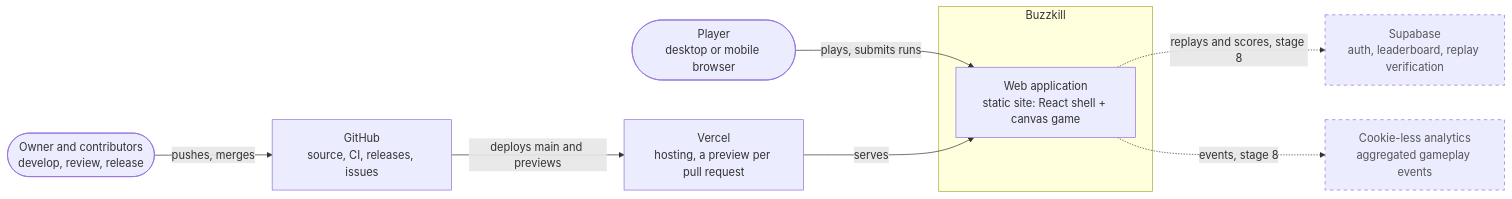
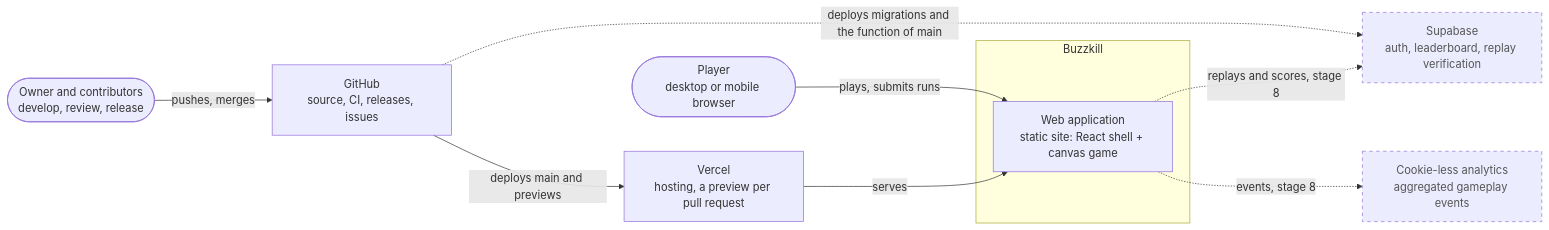
Before and after one commit to nazimajumaniyazova/buzzkill: the first of 6 diagrams in docs/architecture.md, drawn with Mermaid. The commit also changed 3 other files, not shown here.

First line of the commit message:
ci(backend): deploy the migrations and submit-run once CI passes on main

````diff
--- a/docs/architecture.md
+++ b/docs/architecture.md
@@ -14,23 +14,24 @@
 ```mermaid
 flowchart LR
   player([Player<br/>desktop or mobile browser])
   owner([Owner and contributors<br/>develop, review, release])
 
   subgraph buzzkill[Buzzkill]
     app["Web application<br/>static site: React shell + canvas game"]
   end
 
   vercel[Vercel<br/>hosting, a preview per pull request]
   github[GitHub<br/>source, CI, releases, issues]
   supabase[Supabase<br/>auth, leaderboard, replay verification]:::planned
   analytics[Cookie-less analytics<br/>aggregated gameplay events]:::planned
 
   player -- "plays, submits runs" --> app
   owner -- "pushes, merges" --> github
   github -- "deploys main and previews" --> vercel
+  github -. "deploys migrations and the function of main" .-> supabase
   vercel -- "serves" --> app
   app -. "replays and scores, stage 8" .-> supabase
   app -. "events, stage 8" .-> analytics
 
   classDef planned stroke-dasharray: 5 5,color:#555
 ```
````
